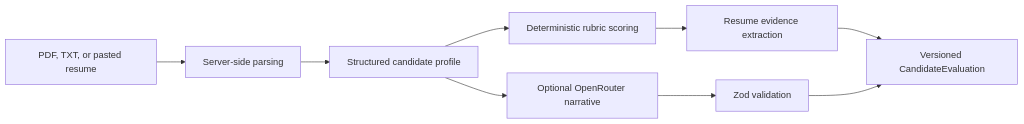
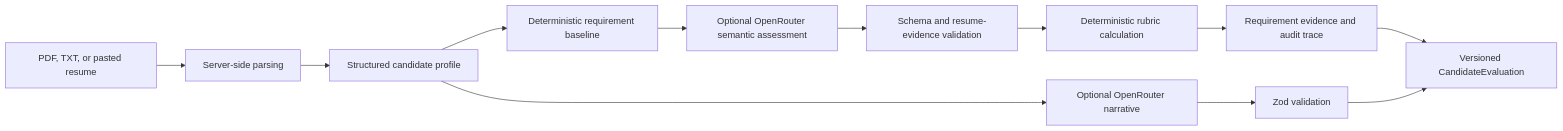
The second of 3 diagrams in README.md (jumbomuffin101/RecruitIQ), drawn with Mermaid before and after one commit. The commit also changed other lines of this file and 13 other files, not shown here.

````diff
--- a/README.md
+++ b/README.md
@@ -51,11 +51,14 @@
 ```mermaid
 flowchart LR
   Resume[PDF, TXT, or pasted resume] --> Parse[Server-side parsing]
   Parse --> Candidate[Structured candidate profile]
-  Candidate --> Score[Deterministic rubric scoring]
-  Score --> Evidence[Resume evidence extraction]
+  Candidate --> Baseline[Deterministic requirement baseline]
+  Baseline --> Semantic[Optional OpenRouter semantic assessment]
+  Semantic --> Ground[Schema and resume-evidence validation]
+  Ground --> Score[Deterministic rubric calculation]
+  Score --> Evidence[Requirement evidence and audit trace]
   Candidate --> Narrative[Optional OpenRouter narrative]
   Narrative --> Validate[Zod validation]
   Evidence --> Evaluation[Versioned CandidateEvaluation]
   Validate --> Evaluation
 ```
````
